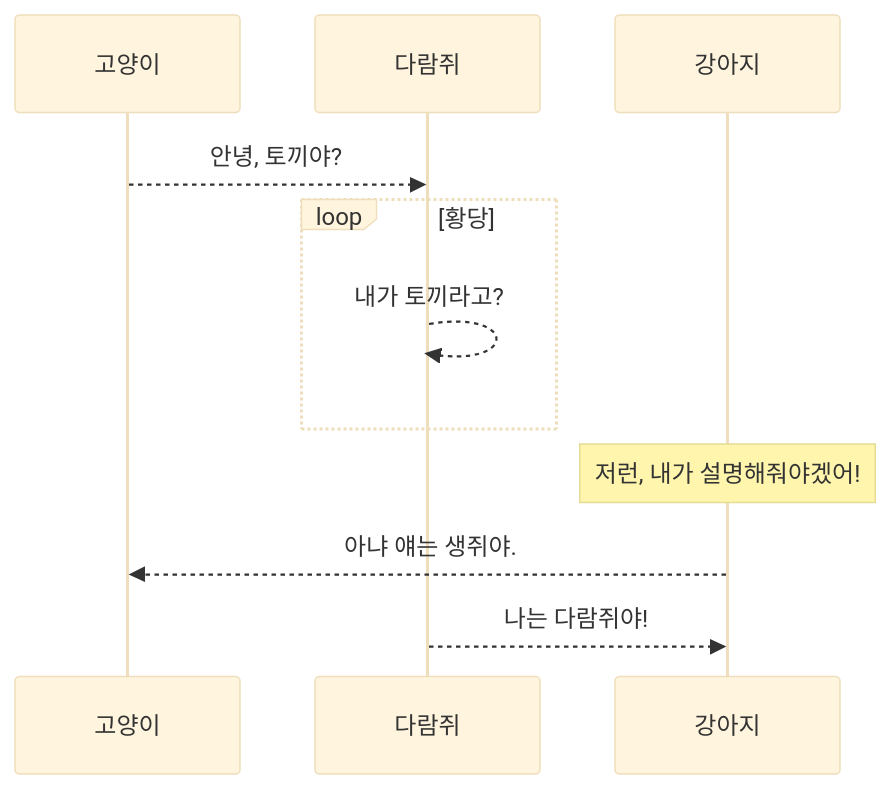
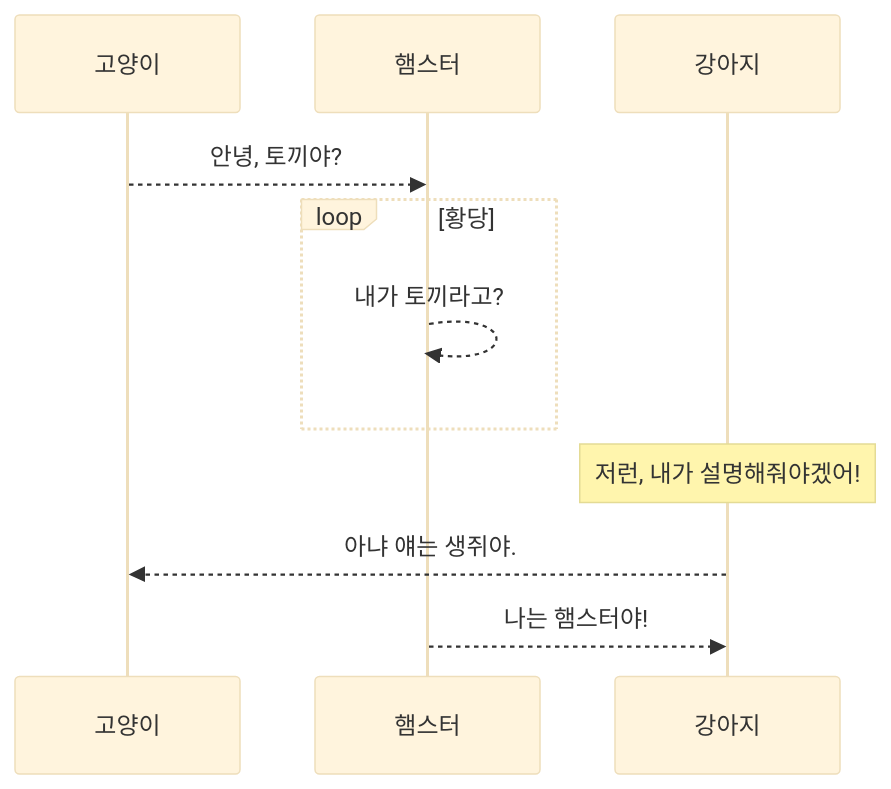
Before and after one commit to donktark/donktark.github.io: the second of 2 diagrams in content/docs/body_text/body_post4.md, drawn with Mermaid (base theme). The commit also changed 265 other files, not shown here.

````diff
--- a/content/docs/body_text/body_post4.md
+++ b/content/docs/body_text/body_post4.md
@@ -25,13 +25,13 @@
 ```mermaid
 sequenceDiagram;
     participant 고양이
-    participant 다람쥐
+    participant 햄스터
     participant 강아지
-    고양이-->>다람쥐: 안녕, 토끼야?
+    고양이-->>햄스터: 안녕, 토끼야?
     loop 황당
-        다람쥐-->>다람쥐: 내가 토끼라고?
+        햄스터-->>햄스터: 내가 토끼라고?
     end
     Note over 강아지: 저런, 내가 설명해줘야겠어!
     강아지-->>고양이: 아냐 얘는 생쥐야.
-    다람쥐-->>강아지: 나는 다람쥐야!
+    햄스터-->>강아지: 나는 햄스터야!
 ```
````
